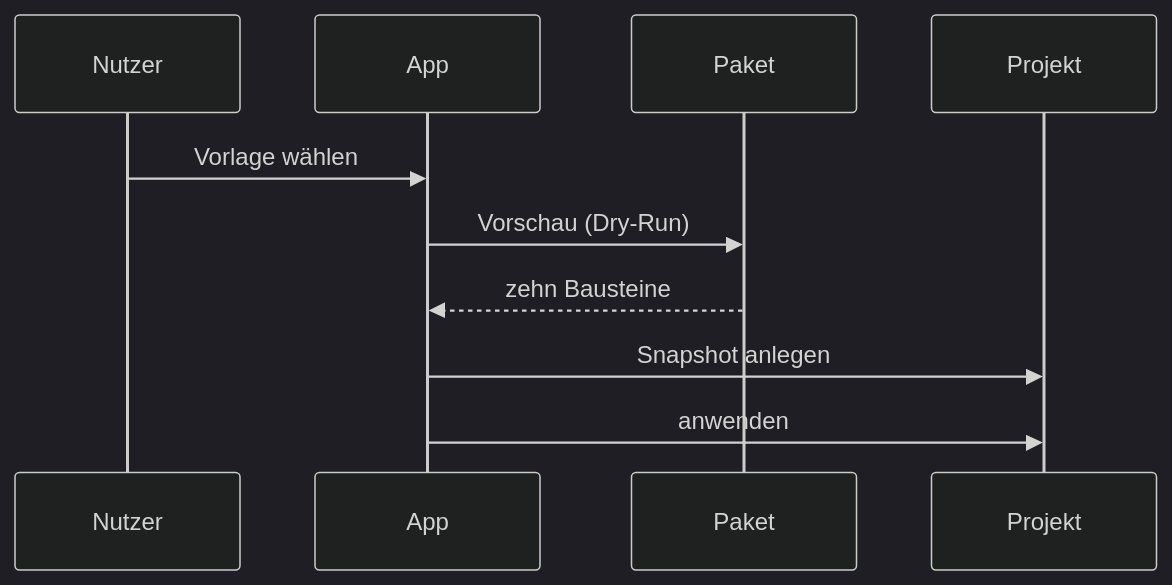
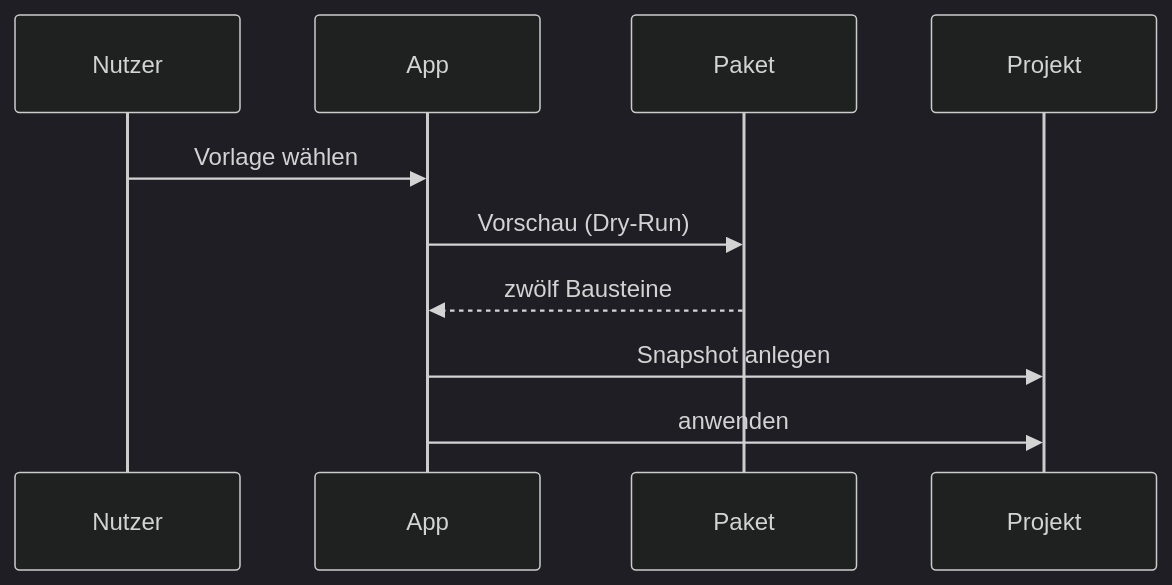
Before and after one commit to boxi-os/QuartzControl: the second of 4 diagrams in scripts/example-template/site/content/formatierung/diagramme.md, drawn with Mermaid (dark theme). The commit also changed other lines of this file and 5 other files, not shown here.

````diff
--- a/scripts/example-template/site/content/formatierung/diagramme.md
+++ b/scripts/example-template/site/content/formatierung/diagramme.md
@@ -49,8 +49,8 @@
 ```mermaid
 sequenceDiagram
     Nutzer->>App: Vorlage wählen
     App->>Paket: Vorschau (Dry-Run)
-    Paket-->>App: zehn Bausteine
+    Paket-->>App: zwölf Bausteine
     App->>Projekt: Snapshot anlegen
     App->>Projekt: anwenden
 ```
````
